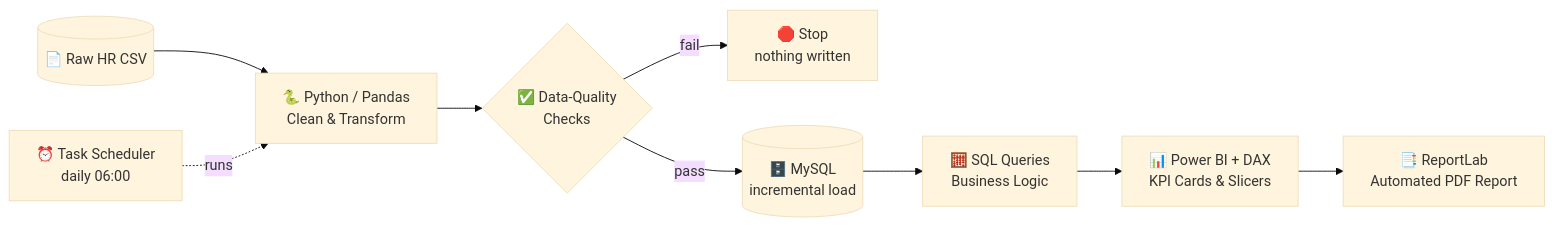
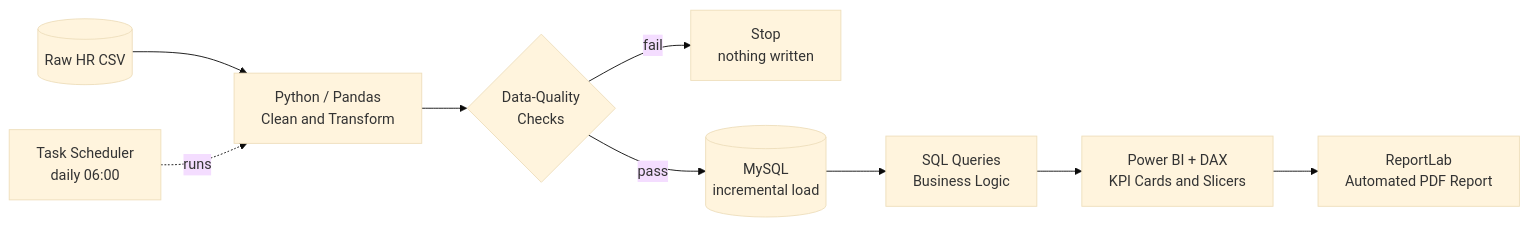
The diagram in README.md (Riq-wq/employee-salary-headcount-dashboard), drawn with Mermaid (base theme) before and after one commit.

Commit message:
README: fix Architecture diagram so GitHub renders it

````diff
--- a/README.md
+++ b/README.md
@@ -78,11 +78,11 @@
 ```mermaid
 flowchart LR
-    A[("📄 Raw HR CSV")] --> B["🐍 Python / Pandas<br/>Clean & Transform"]
-    B --> V{"✅ Data-Quality<br/>Checks"}
-    V -->|fail| X["🛑 Stop<br/>nothing written"]
-    V -->|pass| C[("🗄️ MySQL<br/>incremental load")]
-    C --> D["🧮 SQL Queries<br/>Business Logic"]
-    D --> E["📊 Power BI + DAX<br/>KPI Cards & Slicers"]
-    E --> F["📑 ReportLab<br/>Automated PDF Report"]
-    S["⏰ Task Scheduler<br/>daily 06:00"] -.->|runs| B
+    A[(Raw HR CSV)] --> B[Python / Pandas<br/>Clean and Transform]
+    B --> V{Data-Quality<br/>Checks}
+    V -->|fail| X[Stop<br/>nothing written]
+    V -->|pass| C[(MySQL<br/>incremental load)]
+    C --> D[SQL Queries<br/>Business Logic]
+    D --> E[Power BI + DAX<br/>KPI Cards and Slicers]
+    E --> F[ReportLab<br/>Automated PDF Report]
+    S[Task Scheduler<br/>daily 06:00] -.->|runs| B
 ```
````
